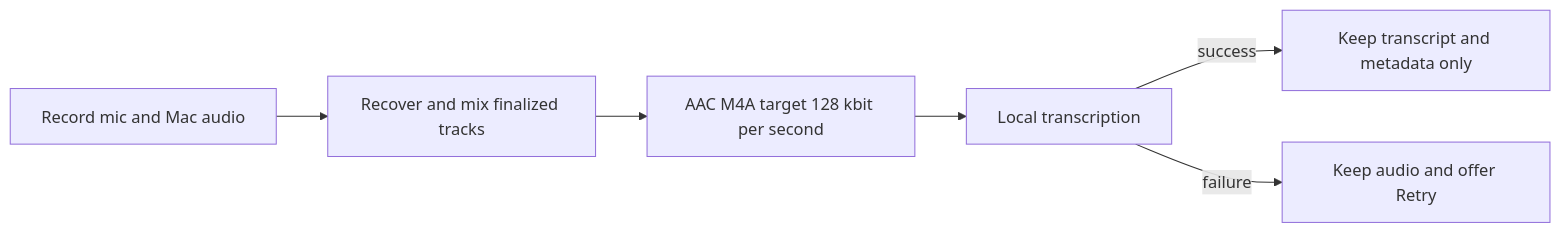
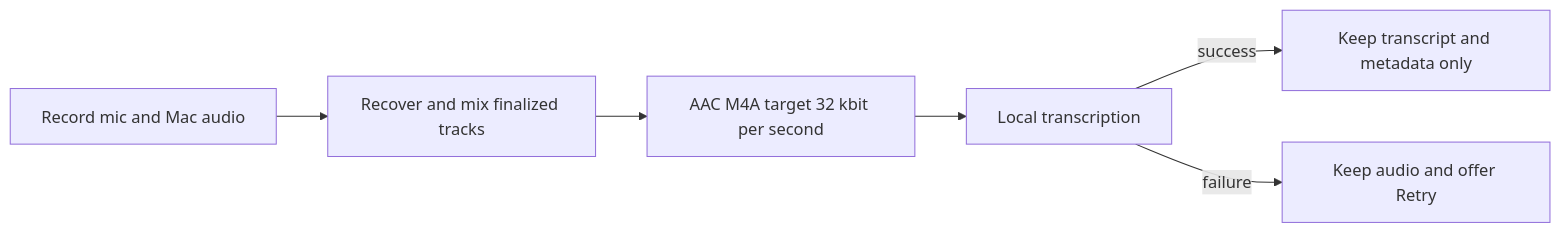
One commit to eminogrande/DICTATOR changed the diagram in README.md. Above: the diagram before and after it, drawn with Mermaid. The commit also changed other lines of this file and 20 other files, not shown here.

````diff
--- a/README.md
+++ b/README.md
@@ -25,8 +25,8 @@
 ```mermaid
 flowchart LR
   Record[Record mic and Mac audio] --> Finalize[Recover and mix finalized tracks]
-  Finalize --> Compress[AAC M4A target 128 kbit per second]
+  Finalize --> Compress[AAC M4A target 32 kbit per second]
   Compress --> Transcribe[Local transcription]
   Transcribe -->|success| Text[Keep transcript and metadata only]
   Transcribe -->|failure| Retry[Keep audio and offer Retry]
 ```
````
